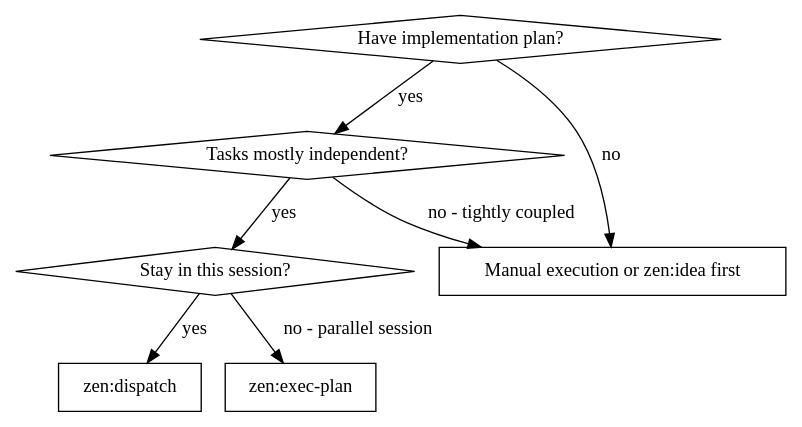
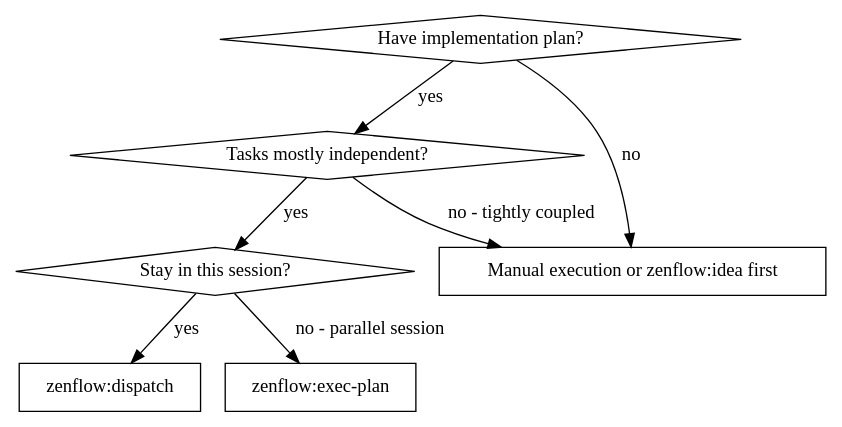
Before and after one commit to brewpirate/zen-flow: the first of 2 diagrams in plugins/zenflow/skills/dispatch/SKILL.md, drawn with Graphviz. The commit also changed other lines of this file and 46 other files, not shown here.

````diff
--- a/plugins/zenflow/skills/dispatch/SKILL.md
+++ b/plugins/zenflow/skills/dispatch/SKILL.md
@@ -16,17 +16,17 @@
 ```dot
 digraph when_to_use {
     "Have implementation plan?" [shape=diamond];
     "Tasks mostly independent?" [shape=diamond];
     "Stay in this session?" [shape=diamond];
-    "zen:dispatch" [shape=box];
-    "zen:exec-plan" [shape=box];
-    "Manual execution or zen:idea first" [shape=box];
+    "zenflow:dispatch" [shape=box];
+    "zenflow:exec-plan" [shape=box];
+    "Manual execution or zenflow:idea first" [shape=box];
 
     "Have implementation plan?" -> "Tasks mostly independent?" [label="yes"];
-    "Have implementation plan?" -> "Manual execution or zen:idea first" [label="no"];
+    "Have implementation plan?" -> "Manual execution or zenflow:idea first" [label="no"];
     "Tasks mostly independent?" -> "Stay in this session?" [label="yes"];
-    "Tasks mostly independent?" -> "Manual execution or zen:idea first" [label="no - tightly coupled"];
-    "Stay in this session?" -> "zen:dispatch" [label="yes"];
-    "Stay in this session?" -> "zen:exec-plan" [label="no - parallel session"];
+    "Tasks mostly independent?" -> "Manual execution or zenflow:idea first" [label="no - tightly coupled"];
+    "Stay in this session?" -> "zenflow:dispatch" [label="yes"];
+    "Stay in this session?" -> "zenflow:exec-plan" [label="no - parallel session"];
 }
 ```
````
